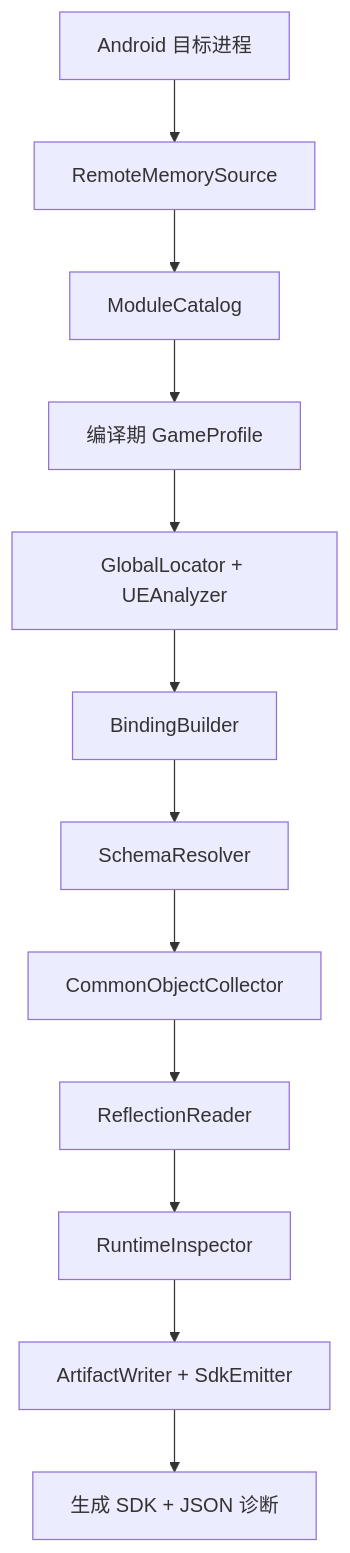
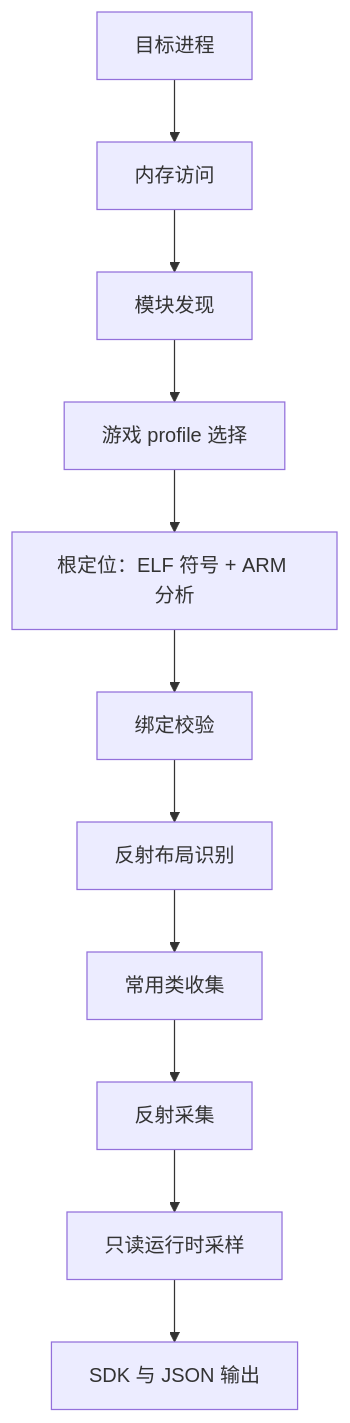
Before and after one commit to Ezeny1337/NextDumper: the diagram in README_zh.md, drawn with Mermaid. The commit also changed other lines of this file and 1 other file, not shown here.

````diff
--- a/README_zh.md
+++ b/README_zh.md
@@ -34,14 +33,13 @@
 ```mermaid
 flowchart TD
-    A[Android 目标进程] --> B[RemoteMemorySource]
-    B --> C[ModuleCatalog]
-    C --> D[编译期 GameProfile]
-    D --> E[GlobalLocator + UEAnalyzer]
-    E --> F[BindingBuilder]
-    F --> G[SchemaResolver]
-    G --> H[CommonObjectCollector]
-    H --> I[ReflectionReader]
-    I --> K[RuntimeInspector]
-    K --> L[ArtifactWriter + SdkEmitter]
-    L --> M[生成 SDK + JSON 诊断]
+    A[目标进程] --> B[内存访问]
+    B --> C[模块发现]
+    C --> D[游戏 profile 选择]
+    D --> E[根定位：ELF 符号 + ARM 分析]
+    E --> F[绑定校验]
+    F --> G[反射布局识别]
+    G --> H[常用类收集]
+    H --> I[反射采集]
+    I --> J[只读运行时采样]
+    J --> K[SDK 与 JSON 输出]
 ```
````
